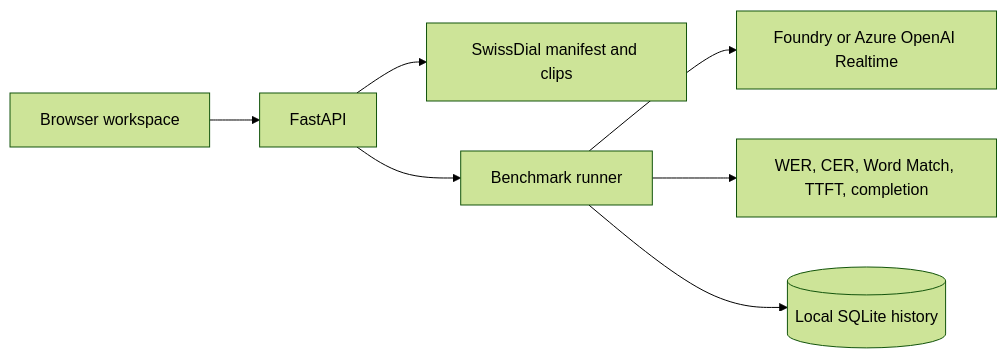
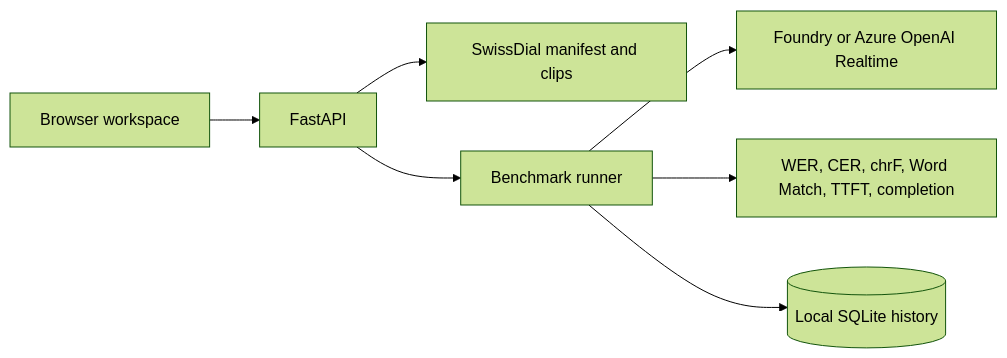
The diagram in README.md (flo7up/Swiss-german-transcription-test-bench), drawn with Mermaid (forest theme) before and after one commit. The commit also changed other lines of this file and 23 other files, not shown here.

````diff
--- a/README.md
+++ b/README.md
@@ -30,9 +32,9 @@
 ```mermaid
 flowchart LR
   Browser[Browser workspace] --> API[FastAPI]
   API --> Catalog[SwissDial manifest and clips]
   API --> Runner[Benchmark runner]
   Runner --> Models[Foundry or Azure OpenAI Realtime]
-  Runner --> Metrics[WER, CER, Word Match, TTFT, completion]
+  Runner --> Metrics[WER, CER, chrF, Word Match, TTFT, completion]
   Runner --> SQLite[(Local SQLite history)]
 ```
````
